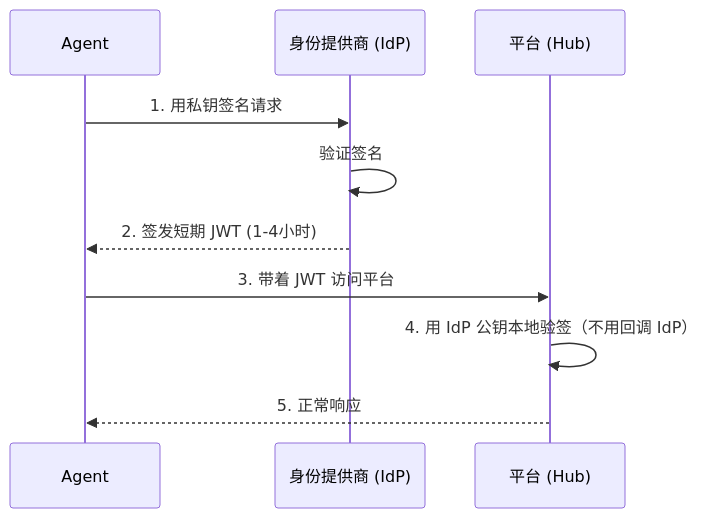
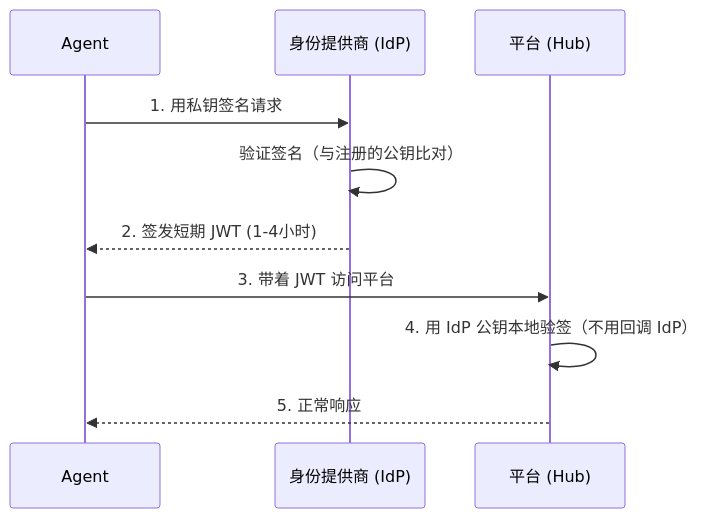
One commit to agentscope-ai/agent-identity changed the third of 8 diagrams in README.md. Above: the diagram before and after it, drawn with Mermaid. The commit also changed other lines of this file, not shown here.

````diff
--- a/README.md
+++ b/README.md
@@ -62,13 +93,13 @@
 ```mermaid
 sequenceDiagram
     participant Agent
     participant IdP as 身份提供商 (IdP)
     participant Hub as 平台 (Hub)
 
     Agent->>IdP: 1. 用私钥签名请求
-    IdP->>IdP: 验证签名
+    IdP->>IdP: 验证签名（与注册的公钥比对）
     IdP-->>Agent: 2. 签发短期 JWT (1-4小时)
     Agent->>Hub: 3. 带着 JWT 访问平台
     Hub->>Hub: 4. 用 IdP 公钥本地验签（不用回调 IdP）
     Hub-->>Agent: 5. 正常响应
 ```
````
